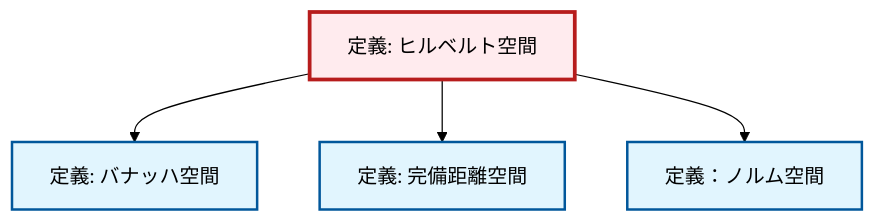
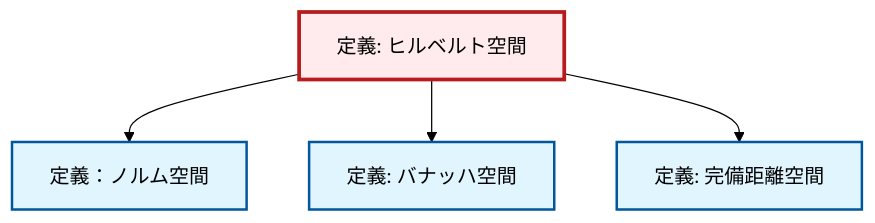
Before and after one commit to RK0429/ModernMath: the diagram in content/ja/analysis/def-hilbert-space.qmd, drawn with Mermaid (forest theme). The commit also changed other lines of this file and 1012 other files, not shown here.

````diff
--- a/content/ja/analysis/def-hilbert-space.qmd
+++ b/content/ja/analysis/def-hilbert-space.qmd
@@ -173,20 +173,20 @@
 ```{mermaid}
 %%| fig-cap: "Local dependency graph"
 graph TD
     classDef definition fill:#e1f5fe,stroke:#01579b,stroke-width:2px
     classDef theorem fill:#f3e5f5,stroke:#4a148c,stroke-width:2px
     classDef axiom fill:#fff3e0,stroke:#e65100,stroke-width:2px
     classDef example fill:#e8f5e9,stroke:#1b5e20,stroke-width:2px
     classDef current fill:#ffebee,stroke:#b71c1c,stroke-width:3px
     def-hilbert-space["定義: ヒルベルト空間"]:::definition
     def-complete-metric-space["定義: 完備距離空間"]:::definition
     def-normed-vector-space["定義：ノルム空間"]:::definition
     def-banach-space["定義: バナッハ空間"]:::definition
+    def-hilbert-space --> def-normed-vector-space
     def-hilbert-space --> def-banach-space
     def-hilbert-space --> def-complete-metric-space
-    def-hilbert-space --> def-normed-vector-space
     class def-hilbert-space current
     click def-complete-metric-space "def-complete-metric-space.html" "完備距離空間の定義へ"
     click def-normed-vector-space "def-normed-vector-space.html" "定義：ノルム空間へ"
     click def-banach-space "def-banach-space.html" "バナッハ空間の定義へ"
 ```
````
